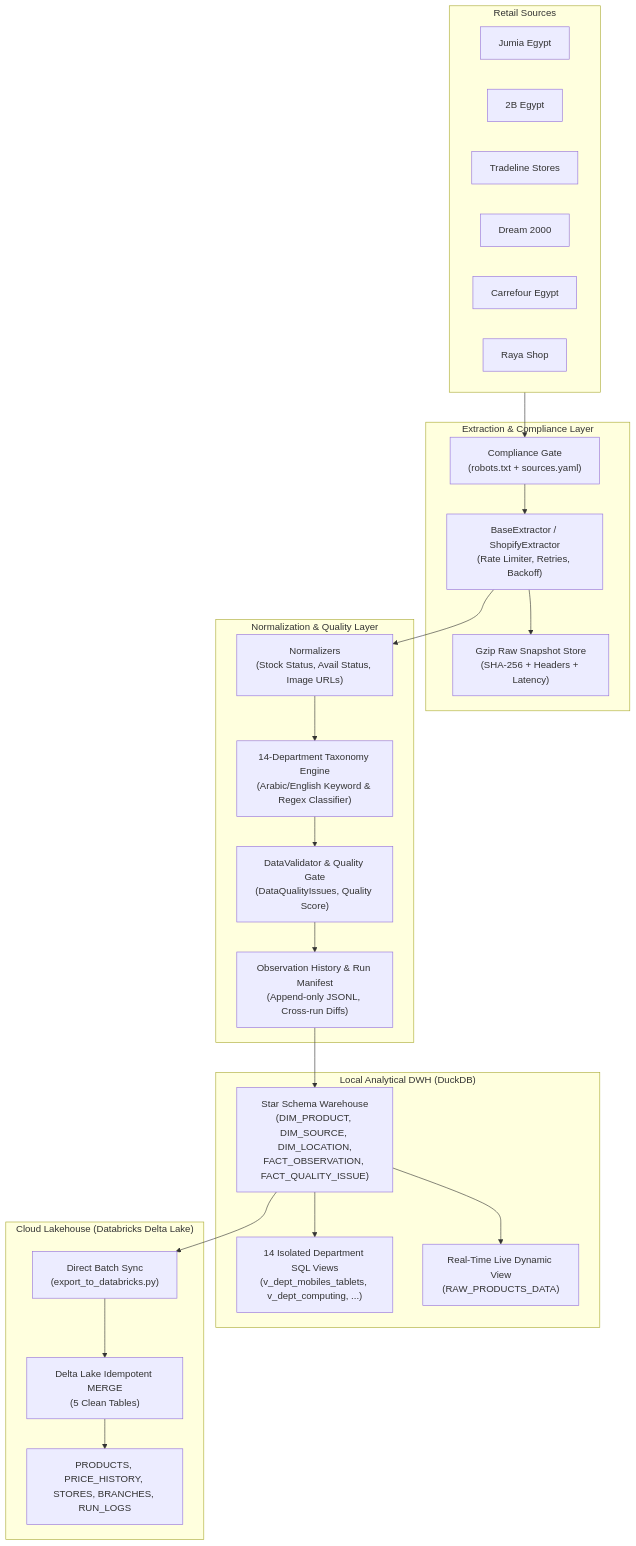
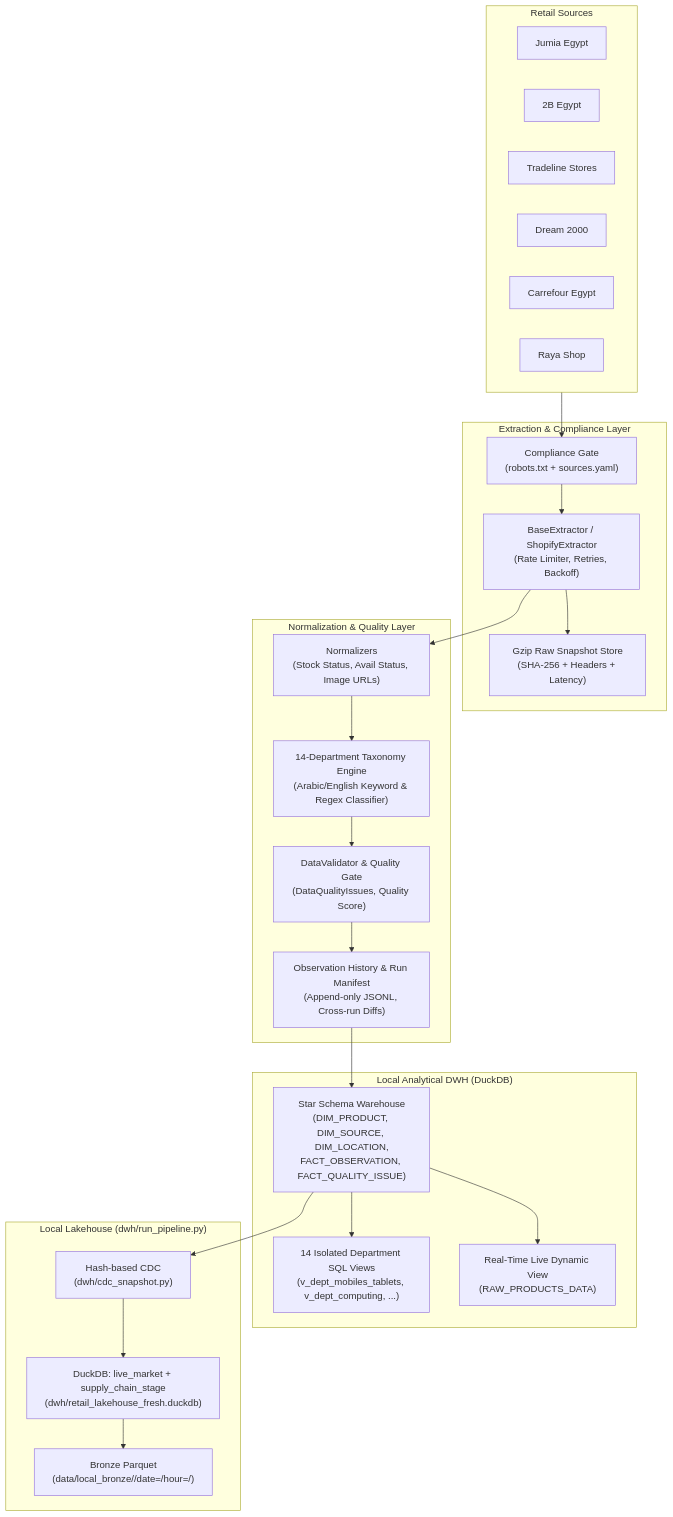
One commit to ahmedsam001/supply-chain- changed the first of 2 diagrams in collect data/docs/ARCHITECTURE.md. Above: the diagram before and after it, drawn with Mermaid. The commit also changed other lines of this file and 27 other files, not shown here.

````diff
--- a/collect data/docs/ARCHITECTURE.md
+++ b/collect data/docs/ARCHITECTURE.md
@@ -17,50 +17,50 @@
 ```mermaid
 flowchart TD
     subgraph S["Retail Sources"]
         S1["Jumia Egypt"]
         S2["2B Egypt"]
         S3["Tradeline Stores"]
         S4["Dream 2000"]
         S5["Carrefour Egypt"]
         S6["Raya Shop"]
     end
 
     subgraph E["Extraction & Compliance Layer"]
         CG["Compliance Gate\n(robots.txt + sources.yaml)"]
         BE["BaseExtractor / ShopifyExtractor\n(Rate Limiter, Retries, Backoff)"]
         SNAP["Gzip Raw Snapshot Store\n(SHA-256 + Headers + Latency)"]
     end
 
     subgraph N["Normalization & Quality Layer"]
         NORM["Normalizers\n(Stock Status, Avail Status, Image URLs)"]
         TAX["14-Department Taxonomy Engine\n(Arabic/English Keyword & Regex Classifier)"]
         VAL["DataValidator & Quality Gate\n(DataQualityIssues, Quality Score)"]
         HIST["Observation History & Run Manifest\n(Append-only JSONL, Cross-run Diffs)"]
     end
 
     subgraph L["Local Analytical DWH (DuckDB)"]
         STAR["Star Schema Warehouse\n(DIM_PRODUCT, DIM_SOURCE, DIM_LOCATION,\nFACT_OBSERVATION, FACT_QUALITY_ISSUE)"]
         DEPT["14 Isolated Department SQL Views\n(v_dept_mobiles_tablets, v_dept_computing, ...)"]
         RAW_V["Real-Time Live Dynamic View\n(RAW_PRODUCTS_DATA)"]
     end
 
-    subgraph C["Cloud Lakehouse (Databricks Delta Lake)"]
-        STAGE["Direct Batch Sync\n(export_to_databricks.py)"]
-        COPY["Delta Lake Idempotent MERGE\n(5 Clean Tables)"]
-        SF_VIEWS["PRODUCTS, PRICE_HISTORY, STORES, BRANCHES, RUN_LOGS"]
+    subgraph C["Local Lakehouse (dwh/run_pipeline.py)"]
+        STAGE["Hash-based CDC\n(dwh/cdc_snapshot.py)"]
+        COPY["DuckDB: live_market + supply_chain_stage\n(dwh/retail_lakehouse_fresh.duckdb)"]
+        SF_VIEWS["Bronze Parquet\n(data/local_bronze/<table>/date=/hour=/)"]
     end
 
     S --> CG
     CG --> BE
     BE --> SNAP
     BE --> NORM
     NORM --> TAX
     TAX --> VAL
     VAL --> HIST
     HIST --> STAR
     STAR --> DEPT
     STAR --> RAW_V
     STAR --> STAGE
     STAGE --> COPY
     COPY --> SF_VIEWS
 ```
````
